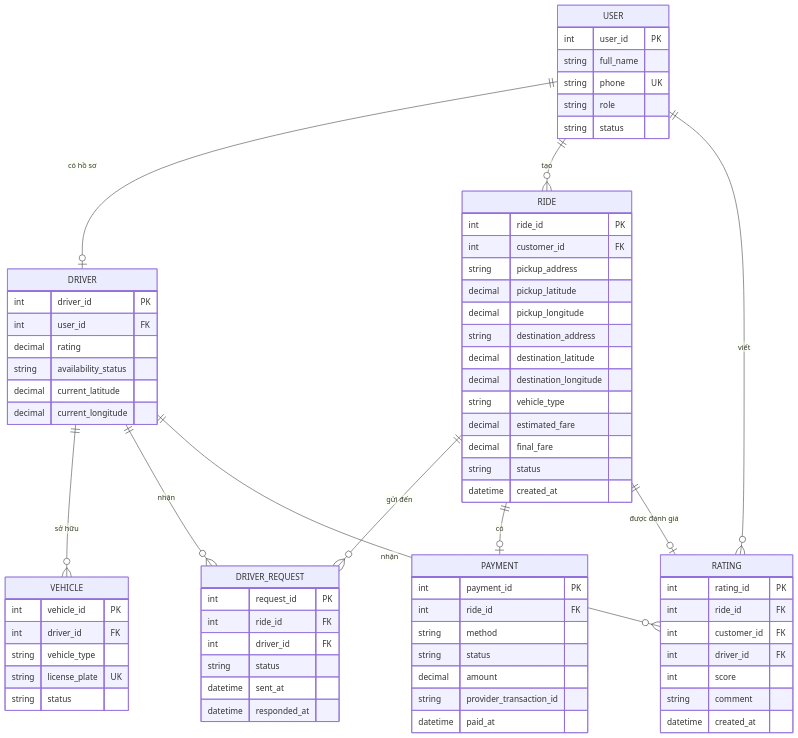
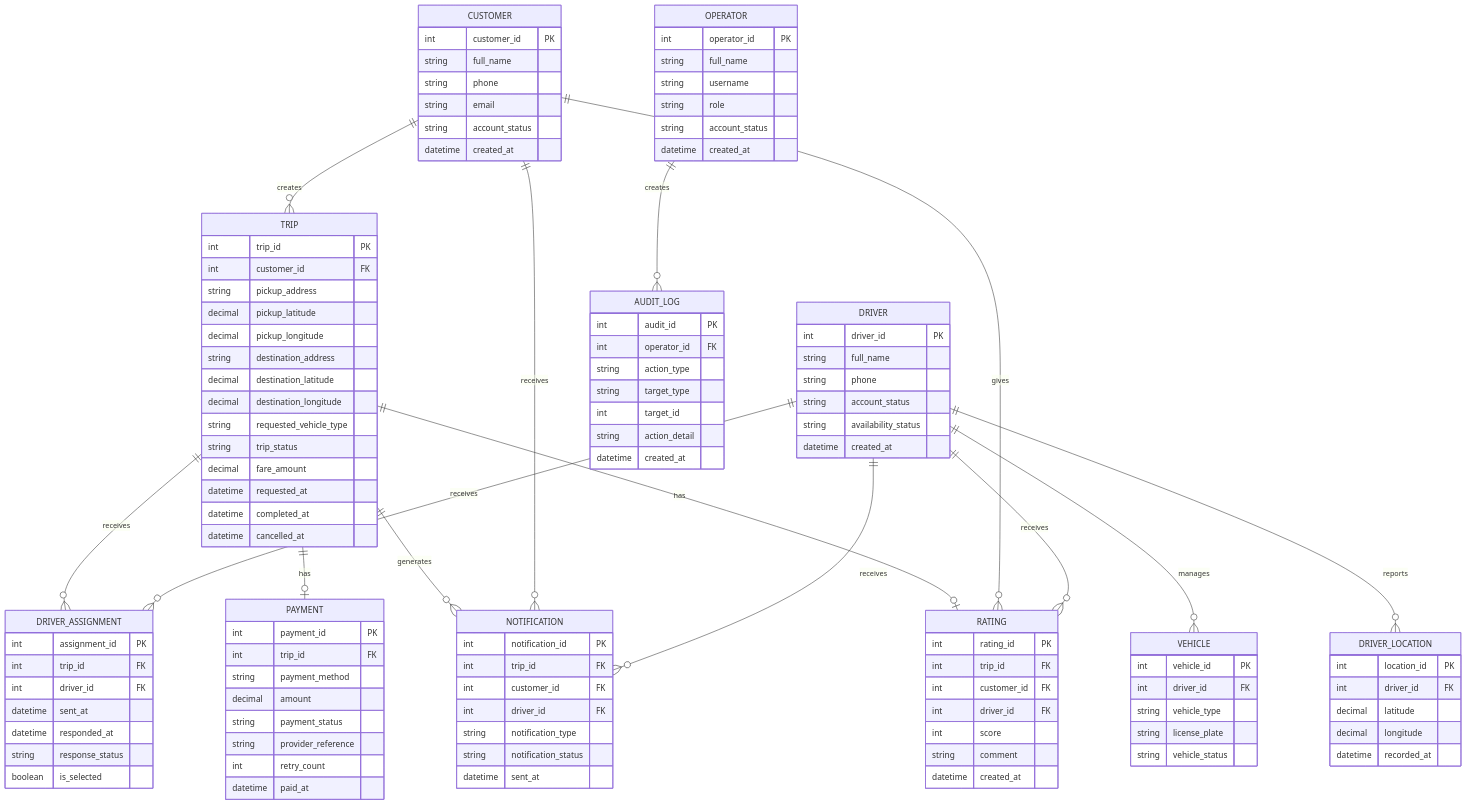
Before and after one commit to Ngyenvan/23631251_VanChanhNguyen_CABSYSTEM: the third of 4 diagrams in srs.md, drawn with Mermaid. The commit also changed other lines of this file, not shown here.

````diff
--- a/srs.md
+++ b/srs.md
@@ -234,76 +683,127 @@
- ```mermaid
- erDiagram
-	 USER ||--o| DRIVER : "có hồ sơ"
-	 DRIVER ||--o{ VEHICLE : "sở hữu"
-	 USER ||--o{ RIDE : "tạo"
-	 RIDE ||--o{ DRIVER_REQUEST : "gửi đến"
-	 DRIVER ||--o{ DRIVER_REQUEST : "nhận"
-	 RIDE ||--o| PAYMENT : "có"
-	 RIDE ||--o| RATING : "được đánh giá"
-	 USER ||--o{ RATING : "viết"
-	 DRIVER ||--o{ RATING : "nhận"
+```mermaid
+erDiagram
+    CUSTOMER ||--o{ TRIP : creates
+    DRIVER ||--o{ VEHICLE : manages
+    TRIP ||--o{ DRIVER_ASSIGNMENT : receives
+    DRIVER ||--o{ DRIVER_ASSIGNMENT : receives
+    DRIVER ||--o{ DRIVER_LOCATION : reports
+    TRIP ||--o| PAYMENT : has
+    TRIP ||--o{ NOTIFICATION : generates
+    CUSTOMER ||--o{ NOTIFICATION : receives
+    DRIVER ||--o{ NOTIFICATION : receives
+    TRIP ||--o| RATING : has
+    CUSTOMER ||--o{ RATING : gives
+    DRIVER ||--o{ RATING : receives
+    OPERATOR ||--o{ AUDIT_LOG : creates
 
-	 USER {
-		 int user_id PK
-		 string full_name
-		 string phone UK
-		 string role
-		 string status
-	 }
-	 DRIVER {
-		 int driver_id PK
-		 int user_id FK
-		 decimal rating
-		 string availability_status
-		 decimal current_latitude
-		 decimal current_longitude
-	 }
-	 VEHICLE {
-		 int vehicle_id PK
-		 int driver_id FK
-		 string vehicle_type
-		 string license_plate UK
-		 string status
-	 }
-	 RIDE {
-		 int ride_id PK
-		 int customer_id FK
-		 string pickup_address
-		 decimal pickup_latitude
-		 decimal pickup_longitude
-		 string destination_address
-		 decimal destination_latitude
-		 decimal destination_longitude
-		 string vehicle_type
-		 decimal estimated_fare
-		 decimal final_fare
-		 string status
-		 datetime created_at
-	 }
-	 DRIVER_REQUEST {
-		 int request_id PK
-		 int ride_id FK
-		 int driver_id FK
-		 string status
-		 datetime sent_at
-		 datetime responded_at
-	 }
-	 PAYMENT {
-		 int payment_id PK
-		 int ride_id FK
-		 string method
-		 string status
-		 decimal amount
-		 string provider_transaction_id
-		 datetime paid_at
-	 }
-	 RATING {
-		 int rating_id PK
-		 int ride_id FK
-		 int customer_id FK
-		 int driver_id FK
-		 int score
-		 string comment
-		 datetime created_at
-	 }
- ```
+    CUSTOMER {
+        int customer_id PK
+        string full_name
+        string phone
+        string email
+        string account_status
+        datetime created_at
+    }
+
+    DRIVER {
+        int driver_id PK
+        string full_name
+        string phone
+        string account_status
+        string availability_status
+        datetime created_at
+    }
+
+    VEHICLE {
+        int vehicle_id PK
+        int driver_id FK
+        string vehicle_type
+        string license_plate
+        string vehicle_status
+    }
+
+    TRIP {
+        int trip_id PK
+        int customer_id FK
+        string pickup_address
+        decimal pickup_latitude
+        decimal pickup_longitude
+        string destination_address
+        decimal destination_latitude
+        decimal destination_longitude
+        string requested_vehicle_type
+        string trip_status
+        decimal fare_amount
+        datetime requested_at
+        datetime completed_at
+        datetime cancelled_at
+    }
+
+    DRIVER_ASSIGNMENT {
+        int assignment_id PK
+        int trip_id FK
+        int driver_id FK
+        datetime sent_at
+        datetime responded_at
+        string response_status
+        boolean is_selected
+    }
+
+    DRIVER_LOCATION {
+        int location_id PK
+        int driver_id FK
+        decimal latitude
+        decimal longitude
+        datetime recorded_at
+    }
+
+    PAYMENT {
+        int payment_id PK
+        int trip_id FK
+        string payment_method
+        decimal amount
+        string payment_status
+        string provider_reference
+        int retry_count
+        datetime paid_at
+    }
+
+    NOTIFICATION {
+        int notification_id PK
+        int trip_id FK
+        int customer_id FK
+        int driver_id FK
+        string notification_type
+        string notification_status
+        datetime sent_at
+    }
+
+    RATING {
+        int rating_id PK
+        int trip_id FK
+        int customer_id FK
+        int driver_id FK
+        int score
+        string comment
+        datetime created_at
+    }
+
+    OPERATOR {
+        int operator_id PK
+        string full_name
+        string username
+        string role
+        string account_status
+        datetime created_at
+    }
+
+    AUDIT_LOG {
+        int audit_id PK
+        int operator_id FK
+        string action_type
+        string target_type
+        int target_id
+        string action_detail
+        datetime created_at
+    }
+```
````
